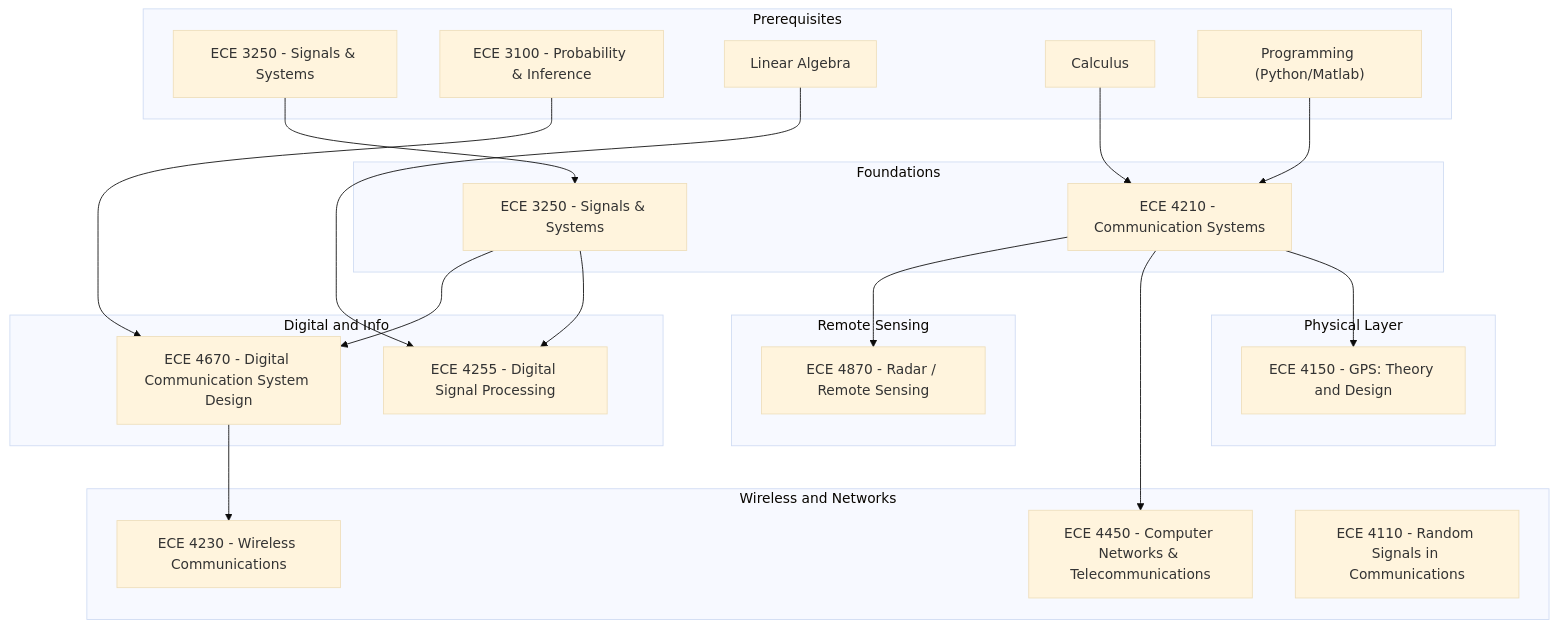
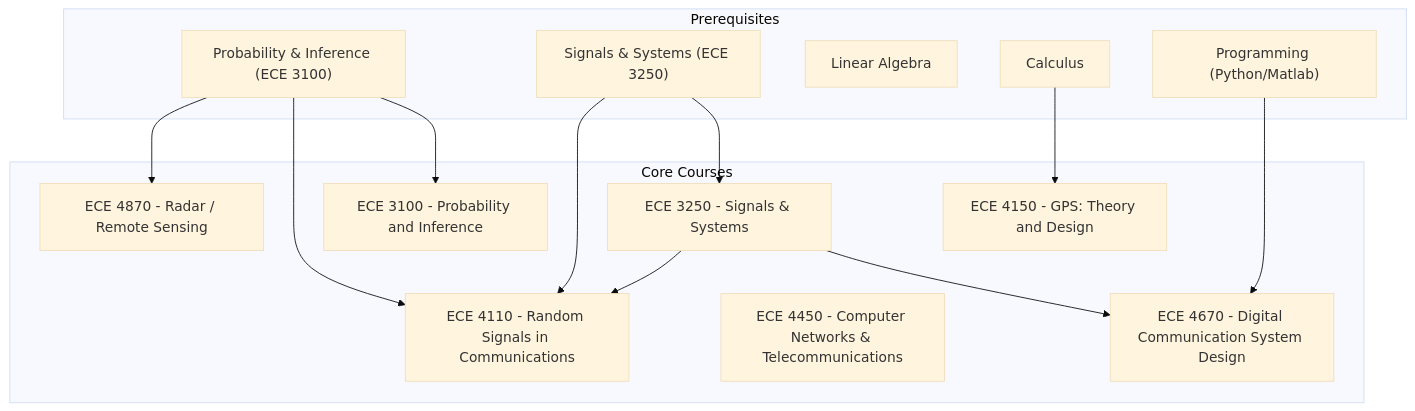
Before and after one commit to jmyphn/engineering-wiki: the diagram in ecetelecom.md, drawn with Mermaid (base theme).

Commit message:
telecom modified again

````diff
--- a/ecetelecom.md
+++ b/ecetelecom.md
@@ -15,47 +15,30 @@
 ```mermaid
 flowchart TD
   subgraph A1[Prerequisites]
-    SIG["ECE 3250 - Signals & Systems"]
-    PROB["ECE 3100 - Probability & Inference"]
+    PROB["Probability & Inference (ECE 3100)"]
+    SIG["Signals & Systems (ECE 3250)"]
     LA["Linear Algebra"]
     CALC["Calculus"]
     PROG["Programming (Python/Matlab)"]
   end
 
-  subgraph F1[Foundations]
-    F1a["ECE 4210 - Communication Systems"]
-    F1b["ECE 3250 - Signals & Systems"]
+  subgraph C[Core Courses]
+    C3100["ECE 3100 - Probability and Inference"]
+    C3250["ECE 3250 - Signals & Systems"]
+    C4110["ECE 4110 - Random Signals in Communications"]
+    C4150["ECE 4150 - GPS: Theory and Design"]
+    C4450["ECE 4450 - Computer Networks & Telecommunications"]
+    C4670["ECE 4670 - Digital Communication System Design"]
+    C4870["ECE 4870 - Radar / Remote Sensing"]
   end
 
-  subgraph P1[Physical Layer]
-    GPS["ECE 4150 - GPS: Theory and Design"]
-  end
-
-  subgraph D1[Digital and Info]
-    DSP["ECE 4255 - Digital Signal Processing"]
-    DCOM["ECE 4670 - Digital Communication System Design"]
-  end
-
-  subgraph W1[Wireless and Networks]
-    WIRE["ECE 4230 - Wireless Communications"]
-    NET["ECE 4450 - Computer Networks & Telecommunications"]
-    RAND["ECE 4110 - Random Signals in Communications"]
-  end
-
-  subgraph S1[Remote Sensing]
-    RAD["ECE 4870 - Radar / Remote Sensing"]
-  end
-
-  SIG --> F1b
-  PROB --> DCOM
-  LA --> DSP
-  CALC --> F1a
-  PROG --> F1a
-
-  F1a --> GPS
-  F1b --> DSP
-  F1b --> DCOM
-  DCOM --> WIRE
-  F1a --> NET
-  F1a --> RAD
+  PROB --> C3100
+  SIG  --> C3250
+  PROB --> C4110
+  SIG  --> C4110
+  C3250 --> C4670
+  C3250 --> C4110
+  PROG --> C4670
+  CALC --> C4150
+  PROB --> C4870
 ```
````
